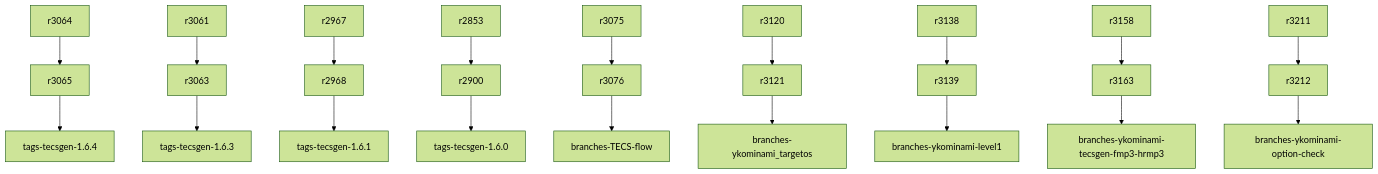
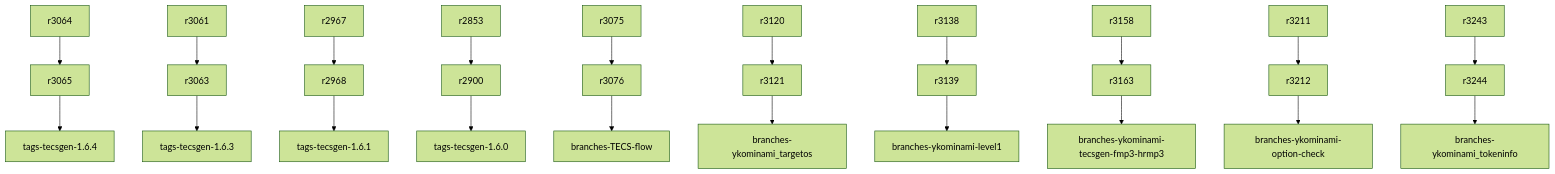
One commit to ykominami/testxprj changed the diagram in tecsgen_B.md. Above: the diagram before and after it, drawn with Mermaid (forest theme).

````diff
--- a/tecsgen_B.md
+++ b/tecsgen_B.md
@@ -1,28 +1,31 @@
 ```mermaid
 
 graph TD;
   r3065-->tags-tecsgen-1.6.4;
   r3064-->r3065;
   r3063-->tags-tecsgen-1.6.3;
   r3061-->r3063;
   r2968-->tags-tecsgen-1.6.1;
   r2967-->r2968;
   r2900-->tags-tecsgen-1.6.0;
   r2853-->r2900;
   
   r3076-->branches-TECS-flow;
   r3075-->r3076;
 
   r3121-->branches-ykominami_targetos;
   r3120-->r3121;
 
   r3139-->branches-ykominami-level1;
   r3138-->r3139;
 
   r3163-->branches-ykominami-tecsgen-fmp3-hrmp3;
   r3158-->r3163;
 
   r3212-->branches-ykominami-option-check;
   r3211-->r3212;
 
+  r3244-->branches-ykominami_tokeninfo;
+  r3243-->r3244;
+
 ```
````
